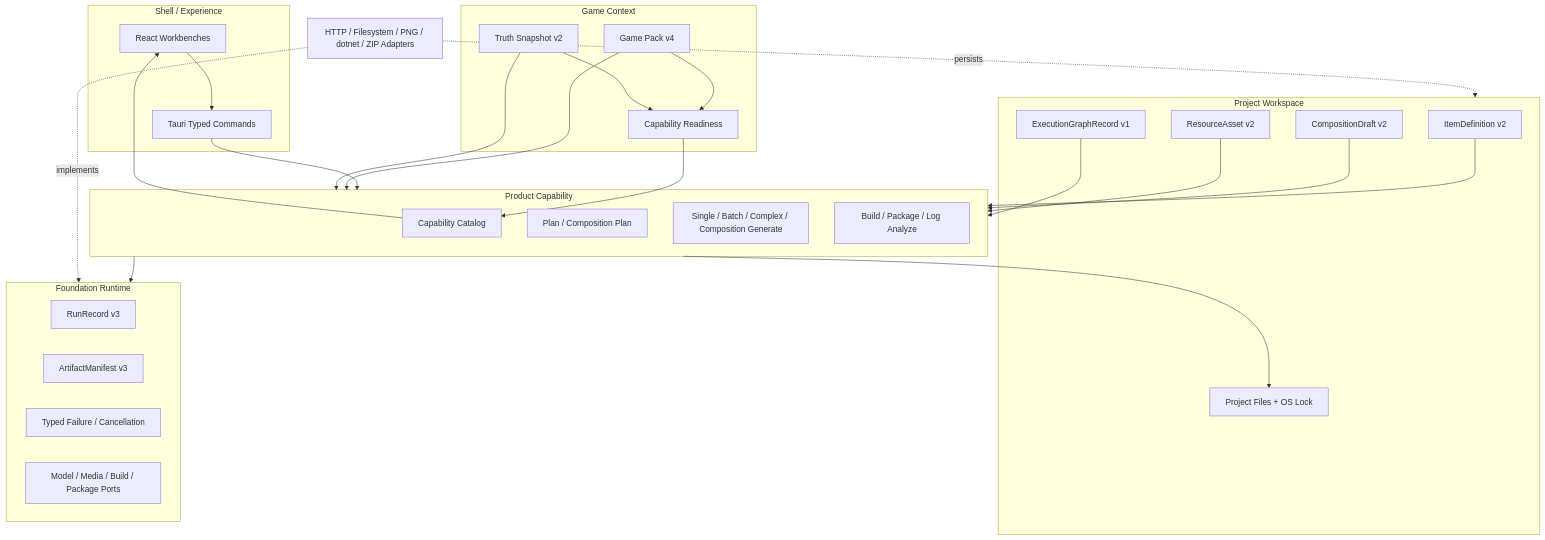
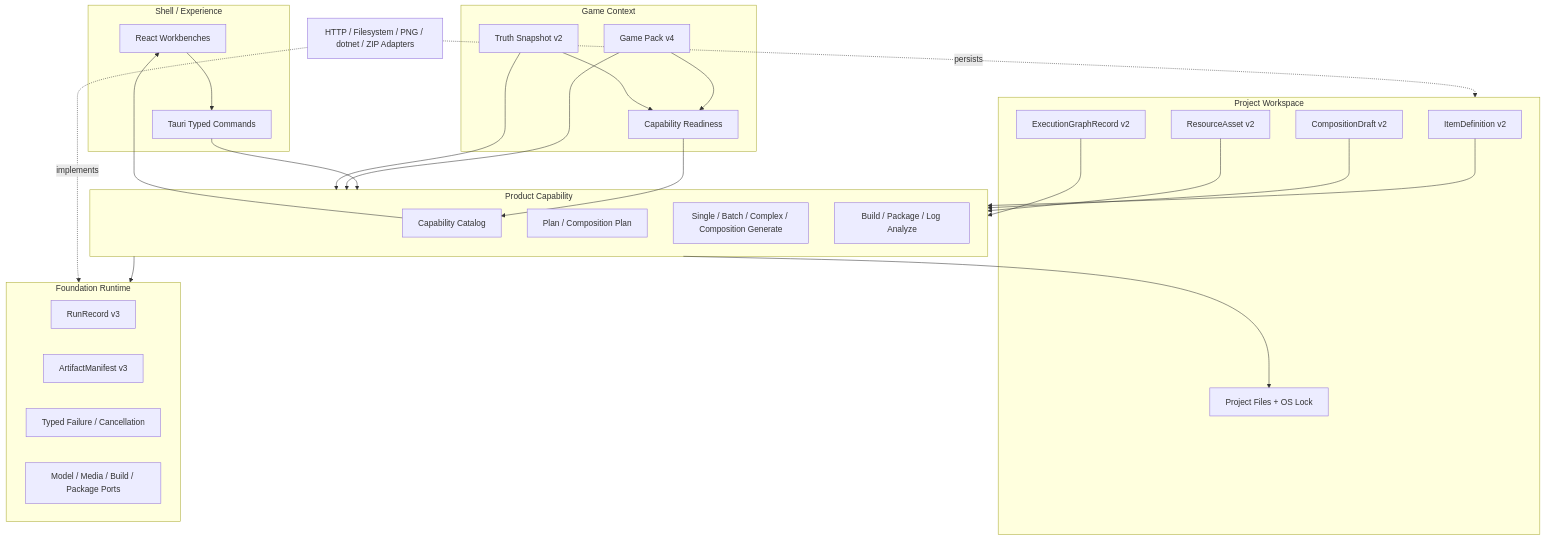
The diagram in docs/03-当前方案/当前方案.md (Frashmeat/AgentForSTS2), drawn with Mermaid before and after one commit. The commit also changed other lines of this file and 36 other files, not shown here.

````diff
--- a/docs/03-当前方案/当前方案.md
+++ b/docs/03-当前方案/当前方案.md
@@ -19,53 +19,53 @@
 ```mermaid
 flowchart TB
     subgraph Shell[Shell / Experience]
         React[React Workbenches]
         Tauri[Tauri Typed Commands]
     end
 
     subgraph Feature[Product Capability]
         Catalog[Capability Catalog]
         Plan[Plan / Composition Plan]
         Generate[Single / Batch / Complex / Composition Generate]
         Delivery[Build / Package / Log Analyze]
     end
 
     subgraph Context[Game Context]
         Pack[Game Pack v4]
         Truth[Truth Snapshot v2]
         Ready[Capability Readiness]
     end
 
     subgraph Workspace[Project Workspace]
         Items[ItemDefinition v2]
         Drafts[CompositionDraft v2]
         Resources[ResourceAsset v2]
-        Graphs[ExecutionGraphRecord v1]
+        Graphs[ExecutionGraphRecord v2]
         Project[Project Files + OS Lock]
     end
 
     subgraph Runtime[Foundation Runtime]
         Runs[RunRecord v3]
         Artifacts[ArtifactManifest v3]
         Failure[Typed Failure / Cancellation]
         Ports[Model / Media / Build / Package Ports]
     end
 
     Adapters[HTTP / Filesystem / PNG / dotnet / ZIP Adapters]
 
     Pack --> Ready
     Truth --> Ready
     Ready --> Catalog
     Catalog --> React
     React --> Tauri --> Feature
     Pack --> Feature
     Truth --> Feature
     Items --> Feature
     Drafts --> Feature
     Resources --> Feature
     Graphs --> Feature
     Feature --> Runtime
     Feature --> Project
     Adapters -. implements .-> Runtime
     Adapters -. persists .-> Workspace
 ```
````
